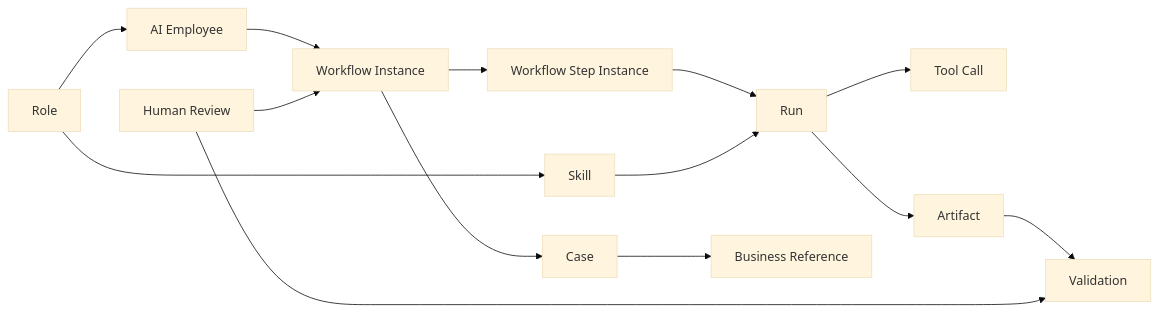
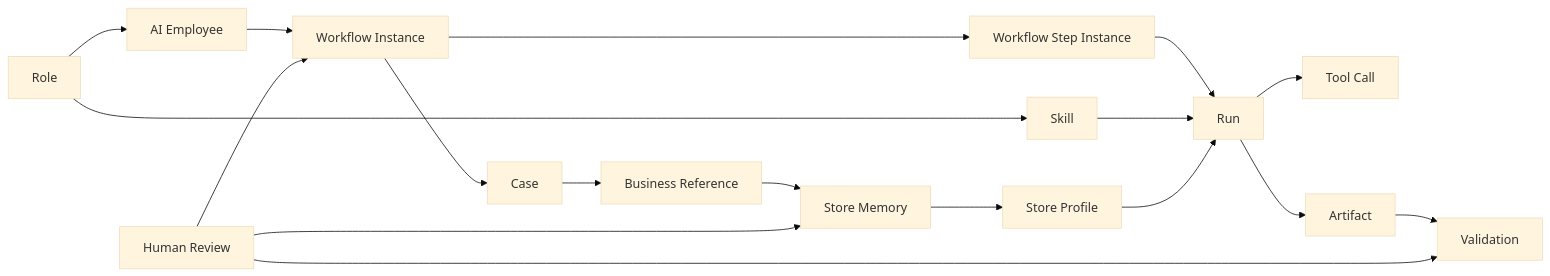
Before and after one commit to yiyezhangmu/agentdoc: the diagram in docs/巡店/好多店AGENT/docs/需求-02-AI岗位与领域模型.md, drawn with Mermaid (base theme). The commit also changed other lines of this file and 28 other files, not shown here.

Commit message:
完善好多店白皮书与静态流程图

````diff
--- a/docs/巡店/好多店AGENT/docs/需求-02-AI岗位与领域模型.md
+++ b/docs/巡店/好多店AGENT/docs/需求-02-AI岗位与领域模型.md
@@ -13,16 +13,20 @@
 ```mermaid
 flowchart LR
     ROLE[Role] --> EMP[AI Employee]
     ROLE --> SKILL[Skill]
     EMP --> WF[Workflow Instance]
     WF --> STEP[Workflow Step Instance]
     STEP --> RUN[Run]
     SKILL --> RUN
     RUN --> TOOL[Tool Call]
     WF --> CASE[Case]
     CASE --> REF[Business Reference]
+    REF --> MEM[Store Memory]
+    REVIEW[Human Review] --> MEM
+    MEM --> PROFILE[Store Profile]
+    PROFILE --> RUN
     RUN --> ART[Artifact]
     ART --> VAL[Validation]
-    REVIEW[Human Review] --> WF
+    REVIEW --> WF
     REVIEW --> VAL
 ```
````
